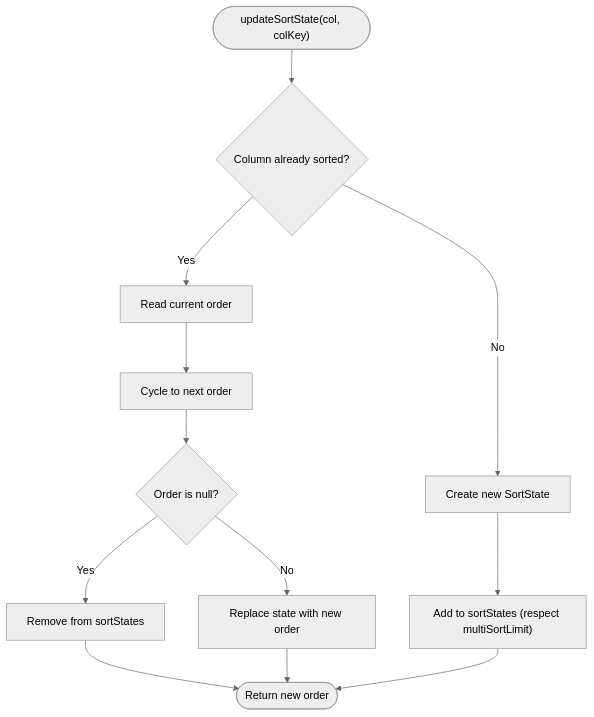
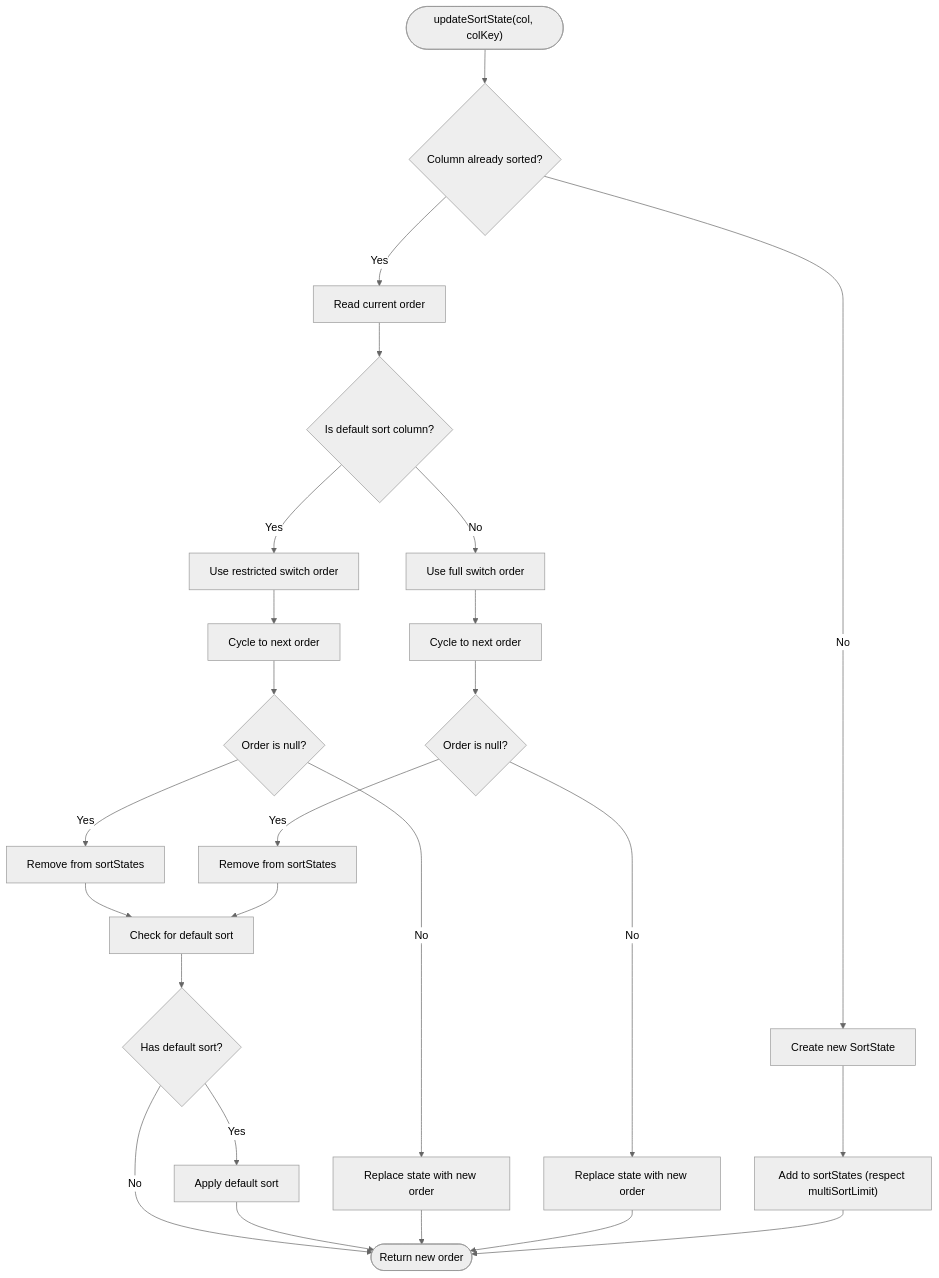
Before and after one commit to ja-plus/stk-table-vue: the third of 6 diagrams in .qoder/repowiki/en/content/Advanced Features/Advanced Sorting/Multi-Column Sorting.md, drawn with Mermaid (neutral theme). The commit also changed other lines of this file and 3 other files, not shown here.

````diff
--- a/.qoder/repowiki/en/content/Advanced Features/Advanced Sorting/Multi-Column Sorting.md
+++ b/.qoder/repowiki/en/content/Advanced Features/Advanced Sorting/Multi-Column Sorting.md
@@ -147,14 +160,27 @@
 ```mermaid
 flowchart TD
 Start(["updateSortState(col, colKey)"]) --> Exists{"Column already sorted?"}
 Exists --> |Yes| CurrentOrder["Read current order"]
-CurrentOrder --> NextOrder["Cycle to next order"]
-NextOrder --> IsNull{"Order is null?"}
-IsNull --> |Yes| Remove["Remove from sortStates"]
-IsNull --> |No| Replace["Replace state with new order"]
+CurrentOrder --> IsDefault{"Is default sort column?"}
+IsDefault --> |Yes| DefaultSwitch["Use restricted switch order"]
+IsDefault --> |No| FullSwitch["Use full switch order"]
+DefaultSwitch --> NextOrder1["Cycle to next order"]
+FullSwitch --> NextOrder2["Cycle to next order"]
+NextOrder1 --> IsNull1{"Order is null?"}
+NextOrder2 --> IsNull2{"Order is null?"}
+IsNull1 --> |Yes| Remove1["Remove from sortStates"]
+IsNull2 --> |Yes| Remove2["Remove from sortStates"]
+IsNull1 --> |No| Replace1["Replace state with new order"]
+IsNull2 --> |No| Replace2["Replace state with new order"]
 Exists --> |No| NewState["Create new SortState"]
 NewState --> Add["Add to sortStates (respect multiSortLimit)"]
-Remove --> Done(["Return new order"])
-Replace --> Done
+Remove1 --> CheckDefault["Check for default sort"]
+Remove2 --> CheckDefault
+CheckDefault --> HasDefault{"Has default sort?"}
+HasDefault --> |Yes| ApplyDefault["Apply default sort"]
+HasDefault --> |No| Done(["Return new order"])
+ApplyDefault --> Done
+Replace1 --> Done
+Replace2 --> Done
 Add --> Done
 ```
````
